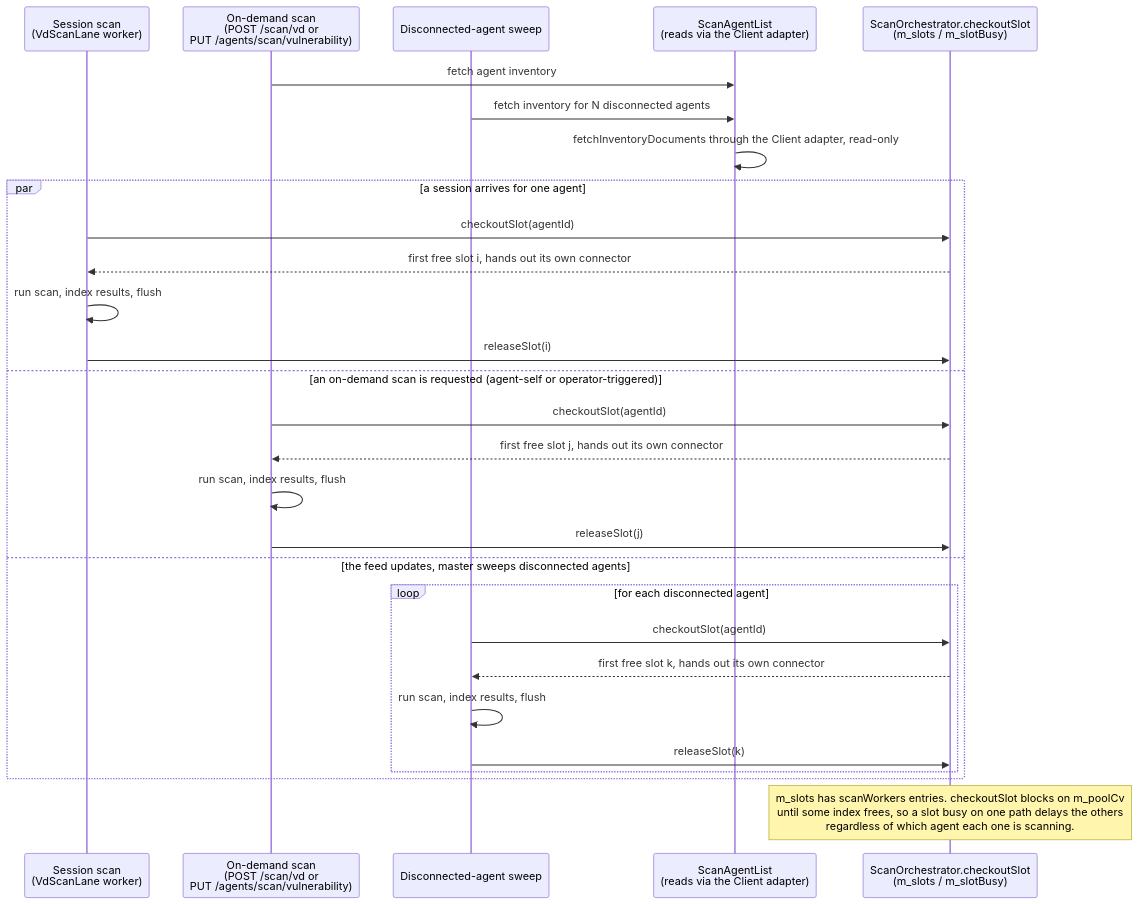
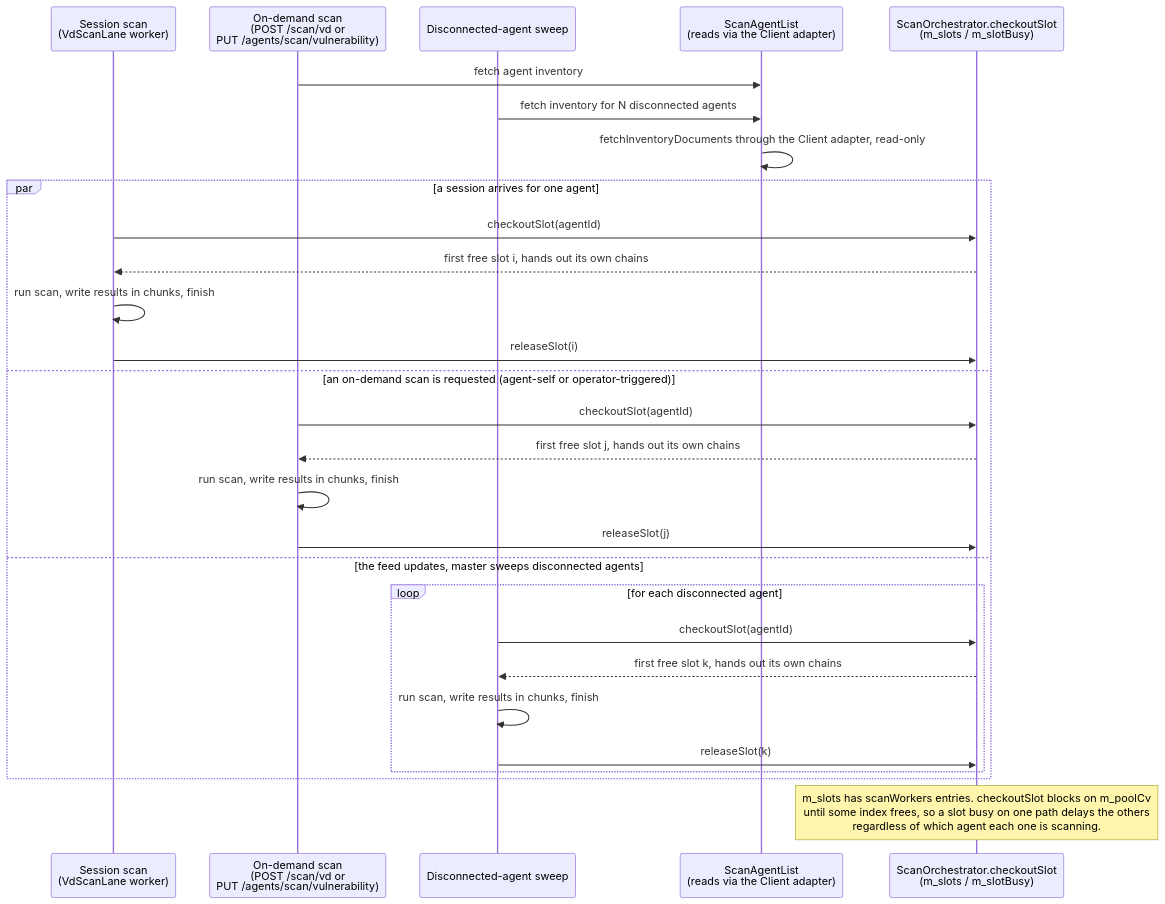
The second of 3 diagrams in docs/ref/modules/vulnerability-scanner/architecture.md (wazuh/wazuh), drawn with Mermaid before and after one commit. The commit also changed other lines of this file and 29 other files, not shown here.

````diff
--- a/docs/ref/modules/vulnerability-scanner/architecture.md
+++ b/docs/ref/modules/vulnerability-scanner/architecture.md
@@ -319,33 +368,33 @@
 ```mermaid
 sequenceDiagram
     participant Session as Session scan<br/>(VdScanLane worker)
     participant OnDemand as On-demand scan<br/>(POST /scan/vd or<br/>PUT /agents/scan/vulnerability)
     participant Sweep as Disconnected-agent sweep
     participant SAL as ScanAgentList<br/>(reads via the Client adapter)
     participant SO as ScanOrchestrator.checkoutSlot<br/>(m_slots / m_slotBusy)
 
     OnDemand->>SAL: fetch agent inventory
     Sweep->>SAL: fetch inventory for N disconnected agents
     SAL->>SAL: fetchInventoryDocuments through the Client adapter, read-only
 
     par a session arrives for one agent
         Session->>SO: checkoutSlot(agentId)
-        SO-->>Session: first free slot i, hands out its own connector
-        Session->>Session: run scan, index results, flush
+        SO-->>Session: first free slot i, hands out its own chains
+        Session->>Session: run scan, write results in chunks, finish
         Session->>SO: releaseSlot(i)
     and an on-demand scan is requested (agent-self or operator-triggered)
         OnDemand->>SO: checkoutSlot(agentId)
-        SO-->>OnDemand: first free slot j, hands out its own connector
-        OnDemand->>OnDemand: run scan, index results, flush
+        SO-->>OnDemand: first free slot j, hands out its own chains
+        OnDemand->>OnDemand: run scan, write results in chunks, finish
         OnDemand->>SO: releaseSlot(j)
     and the feed updates, master sweeps disconnected agents
         loop for each disconnected agent
             Sweep->>SO: checkoutSlot(agentId)
-            SO-->>Sweep: first free slot k, hands out its own connector
-            Sweep->>Sweep: run scan, index results, flush
+            SO-->>Sweep: first free slot k, hands out its own chains
+            Sweep->>Sweep: run scan, write results in chunks, finish
             Sweep->>SO: releaseSlot(k)
         end
     end
 
     Note over SO: m_slots has scanWorkers entries. checkoutSlot blocks on m_poolCv<br/>until some index frees, so a slot busy on one path delays the others<br/>regardless of which agent each one is scanning.
 ```
````
